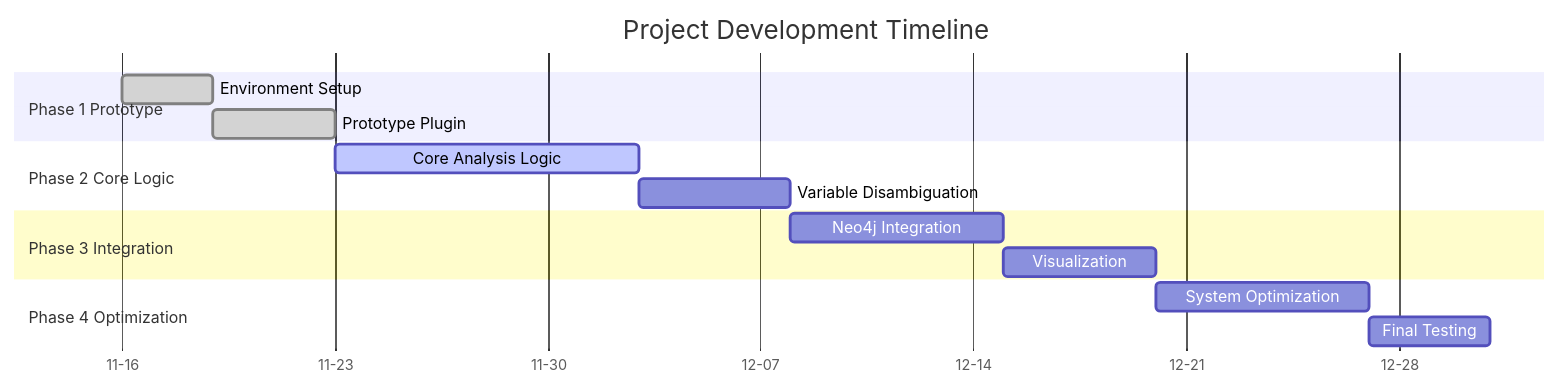
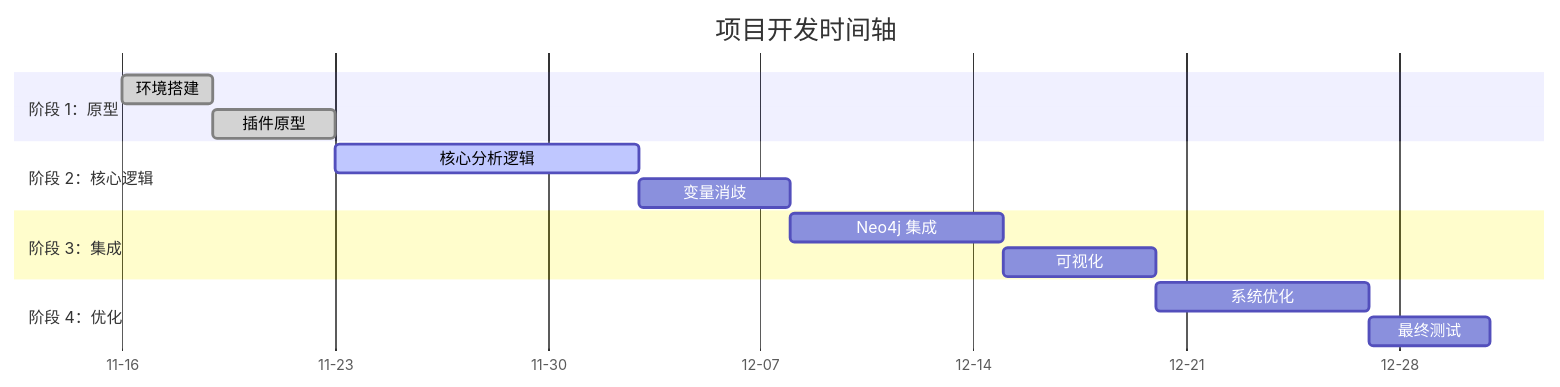
One commit to lehengzhangJacob/Linux_kernel_safety_tool changed the fifth of 7 diagrams in README.md. Above: the diagram before and after it, drawn with Mermaid. The commit also changed other lines of this file, not shown here.

Commit message:
Translate all mermaid diagrams to Chinese

````diff
--- a/README.md
+++ b/README.md
@@ -185,22 +185,22 @@
 ```mermaid
 gantt
-    title Project Development Timeline
+    title 项目开发时间轴
     dateFormat  YYYY-MM-DD
     axisFormat  %m-%d
     
-    section Phase 1 Prototype
-    Environment Setup       :done,    p1, 2025-11-16, 3d
-    Prototype Plugin        :done,    p2, after p1, 4d
+    section 阶段 1：原型
+    环境搭建       :done,    p1, 2025-11-16, 3d
+    插件原型        :done,    p2, after p1, 4d
     
-    section Phase 2 Core Logic
-    Core Analysis Logic     :active,  p3, after p2, 10d
-    Variable Disambiguation :         p4, after p3, 5d
+    section 阶段 2：核心逻辑
+    核心分析逻辑     :active,  p3, after p2, 10d
+    变量消歧 :         p4, after p3, 5d
     
-    section Phase 3 Integration
-    Neo4j Integration       :         p5, after p4, 7d
-    Visualization           :         p6, after p5, 5d
+    section 阶段 3：集成
+    Neo4j 集成       :         p5, after p4, 7d
+    可视化           :         p6, after p5, 5d
     
-    section Phase 4 Optimization
-    System Optimization     :         p7, after p6, 7d
-    Final Testing           :         p8, after p7, 4d
+    section 阶段 4：优化
+    系统优化     :         p7, after p6, 7d
+    最终测试           :         p8, after p7, 4d
 ```
````
